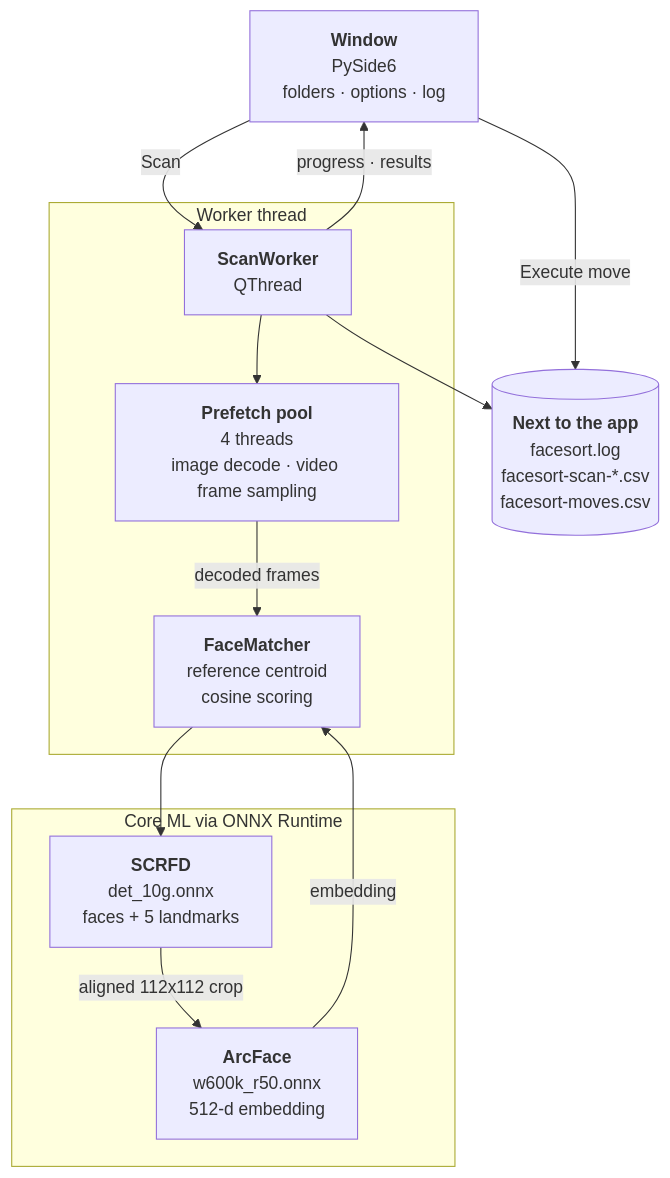
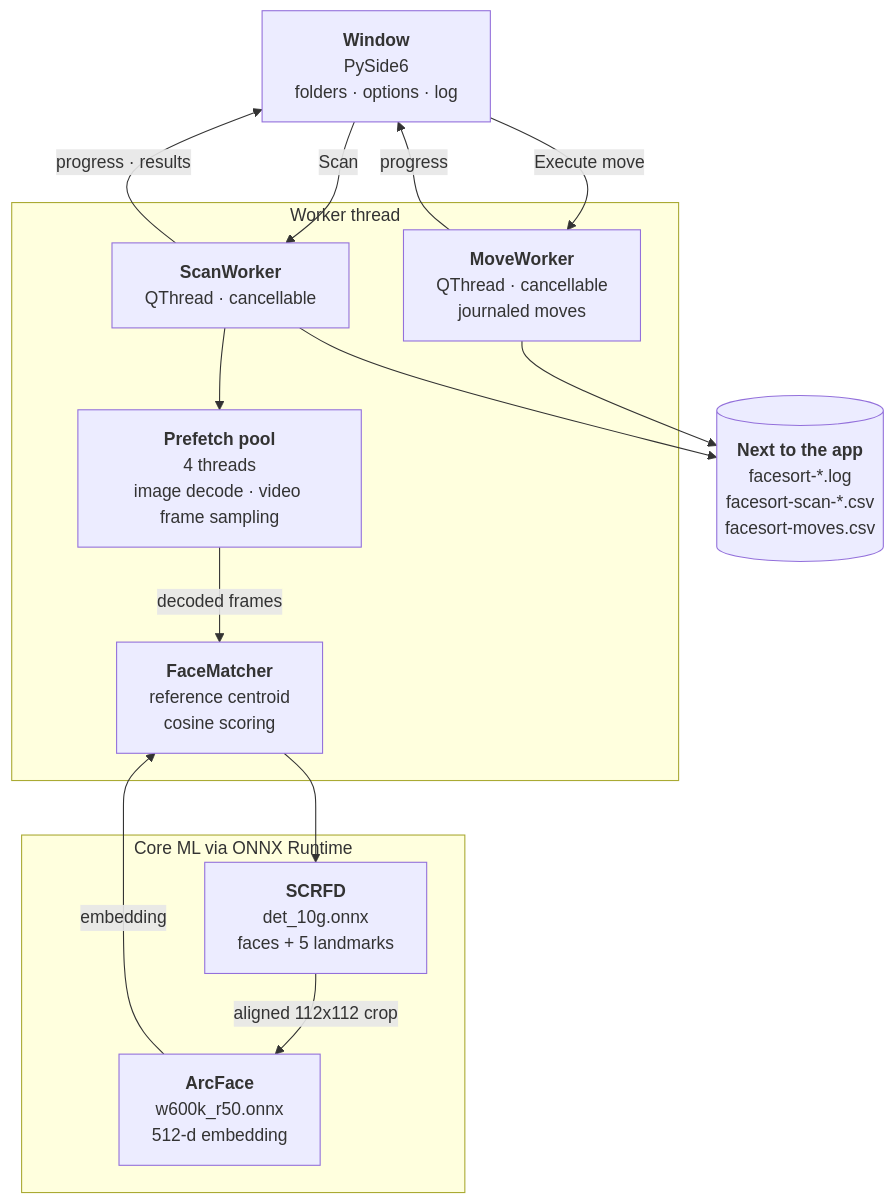
Before and after one commit to BitWise-0x/Vaquero: the first of 2 diagrams in README.md, drawn with Mermaid. The commit also changed other lines of this file and 8 other files, not shown here.

First line of the commit message:
feat: cancellable scan and move with progress, colored per-scan logs, About menu and release versioning

````diff
--- a/README.md
+++ b/README.md
@@ -53,27 +56,30 @@
 ```mermaid
 graph TD
     ui["<b>Window</b><br>PySide6<br>folders · options · log"]
 
     subgraph Worker thread
-        worker["<b>ScanWorker</b><br>QThread"]
+        worker["<b>ScanWorker</b><br>QThread · cancellable"]
+        mover["<b>MoveWorker</b><br>QThread · cancellable<br>journaled moves"]
         prefetch["<b>Prefetch pool</b><br>4 threads<br>image decode · video frame sampling"]
         matcher["<b>FaceMatcher</b><br>reference centroid<br>cosine scoring"]
     end
 
     subgraph Core ML via ONNX Runtime
         det["<b>SCRFD</b><br>det_10g.onnx<br>faces + 5 landmarks"]
         rec["<b>ArcFace</b><br>w600k_r50.onnx<br>512-d embedding"]
     end
 
-    disk[("<b>Next to the app</b><br>facesort.log<br>facesort-scan-*.csv<br>facesort-moves.csv")]
+    disk[("<b>Next to the app</b><br>facesort-*.log<br>facesort-scan-*.csv<br>facesort-moves.csv")]
 
     ui -->|"Scan"| worker
     worker --> prefetch
     prefetch -->|"decoded frames"| matcher
     matcher --> det
     det -->|"aligned 112x112 crop"| rec
     rec -->|"embedding"| matcher
     worker -->|"progress · results"| ui
-    ui -->|"Execute move"| disk
+    ui -->|"Execute move"| mover
+    mover -->|"progress"| ui
+    mover --> disk
     worker --> disk
 ```
````
